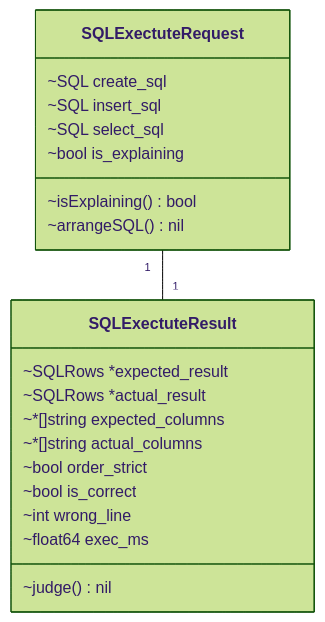
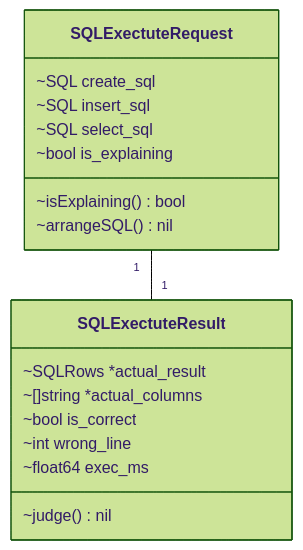
One commit to ryhoh/SQLover changed the third of 3 diagrams in internal/judge/doc.md. Above: the diagram before and after it, drawn with Mermaid (forest theme). The commit also changed other lines of this file and 5 other files, not shown here.

````diff
--- a/internal/judge/doc.md
+++ b/internal/judge/doc.md
@@ -104,28 +92,25 @@
 ```mermaid
 classDiagram
 class SQLExectuteRequest {
     ~SQL create_sql
     ~SQL insert_sql
     ~SQL select_sql
     ~bool is_explaining
 
     ~isExplaining() bool
     ~arrangeSQL() nil
 }
 
 class SQLExectuteResult {
-    ~SQLRows *expected_result
     ~SQLRows *actual_result
-    ~*[]string expected_columns
-    ~*[]string actual_columns
-    ~bool order_strict
+    ~[]string *actual_columns
     ~bool is_correct
     ~int wrong_line
     ~float64 exec_ms
     
     ~judge() nil
 }
 
 SQLExectuteRequest "1" -- "1" SQLExectuteResult
 
 ```
````
